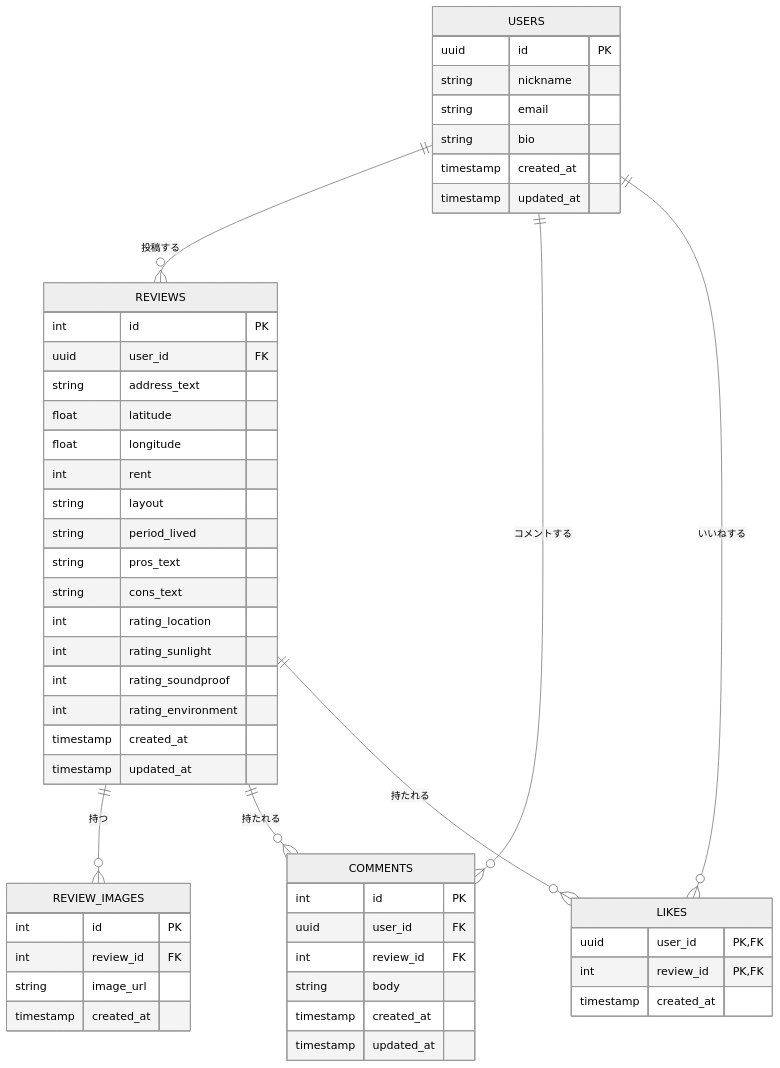
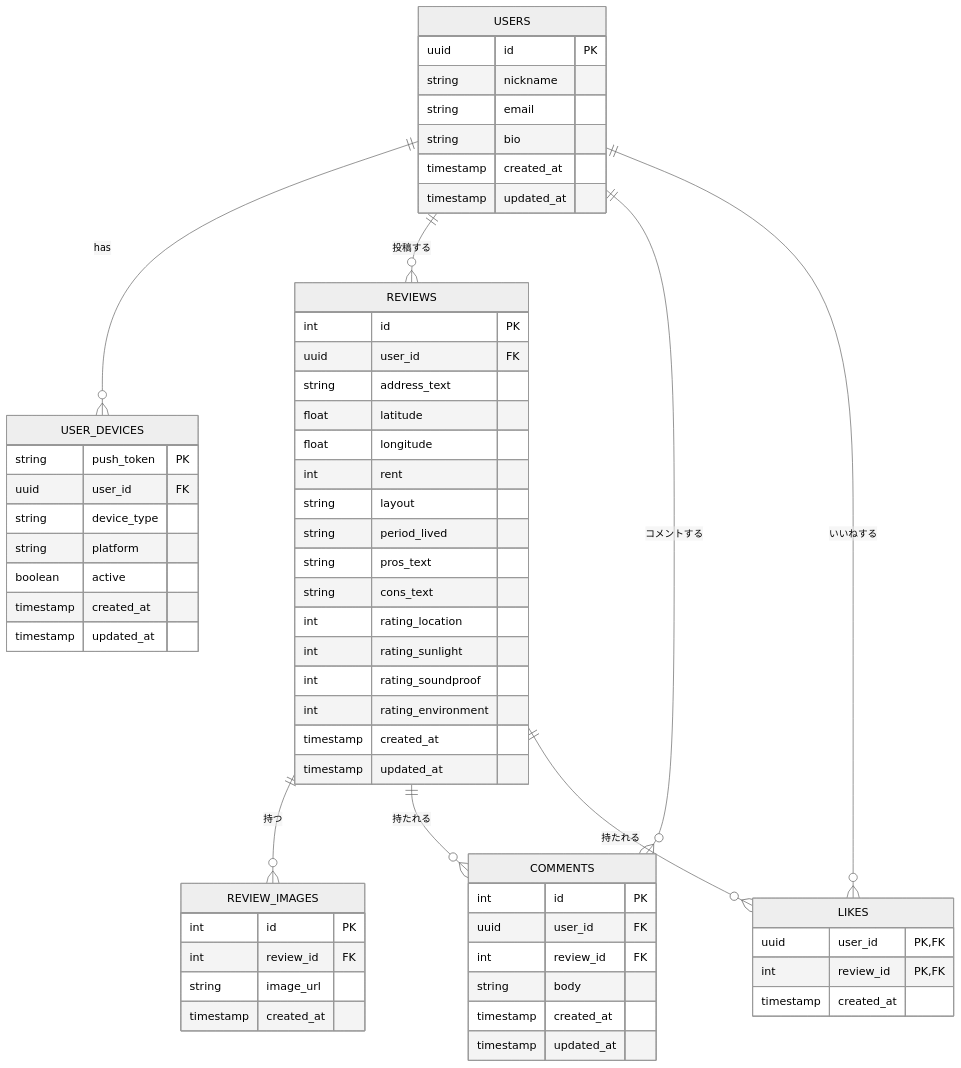
One commit to dev-task/app-yadori changed the second of 3 diagrams in architecture.md. Above: the diagram before and after it, drawn with Mermaid (neutral theme). The commit also changed other lines of this file and 1 other file, not shown here.

Commit message:
Update tasks.md and architecture.md for monorepo structure

````diff
--- a/architecture.md
+++ b/architecture.md
@@ -115,59 +176,70 @@
 ```mermaid
 erDiagram
     USERS {
         uuid id PK
         string nickname
         string email
         string bio
+        timestamp created_at
+        timestamp updated_at
+    }
+
+    USER_DEVICES {
+        string push_token PK
+        uuid user_id FK
+        string device_type
+        string platform
+        boolean active
         timestamp created_at
         timestamp updated_at
     }
 
     REVIEWS {
         int id PK
         uuid user_id FK
         string address_text
         float latitude
         float longitude
         int rent
         string layout
         string period_lived
         string pros_text
         string cons_text
         int rating_location
         int rating_sunlight
         int rating_soundproof
         int rating_environment
         timestamp created_at
         timestamp updated_at
     }
 
     REVIEW_IMAGES {
         int id PK
         int review_id FK
         string image_url
         timestamp created_at
     }
 
     COMMENTS {
         int id PK
         uuid user_id FK
         int review_id FK
         string body
         timestamp created_at
         timestamp updated_at
     }
 
     LIKES {
         uuid user_id PK,FK
         int review_id PK,FK
         timestamp created_at
     }
 
+    USERS ||--o{ USER_DEVICES : "has"
     USERS ||--o{ REVIEWS : "投稿する"
     USERS ||--o{ COMMENTS : "コメントする"
     USERS ||--o{ LIKES : "いいねする"
     REVIEWS ||--o{ REVIEW_IMAGES : "持つ"
     REVIEWS ||--o{ COMMENTS : "持たれる"
     REVIEWS ||--o{ LIKES : "持たれる"
 ```
````
